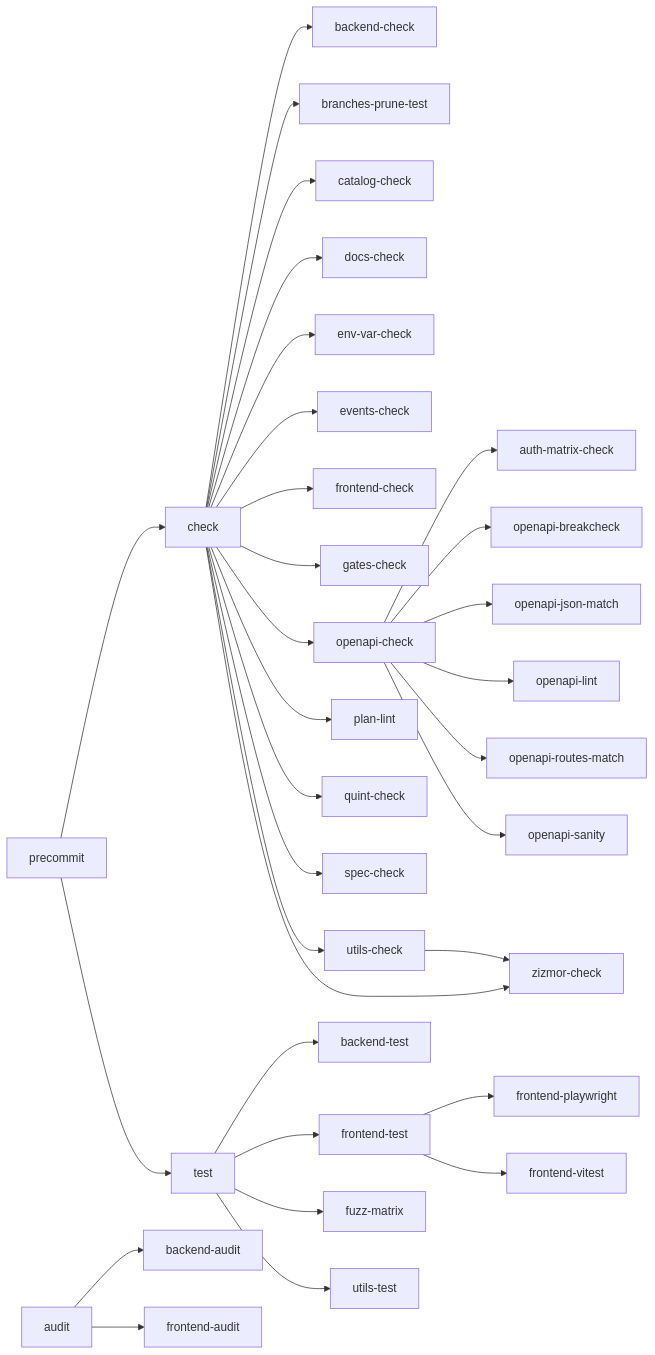
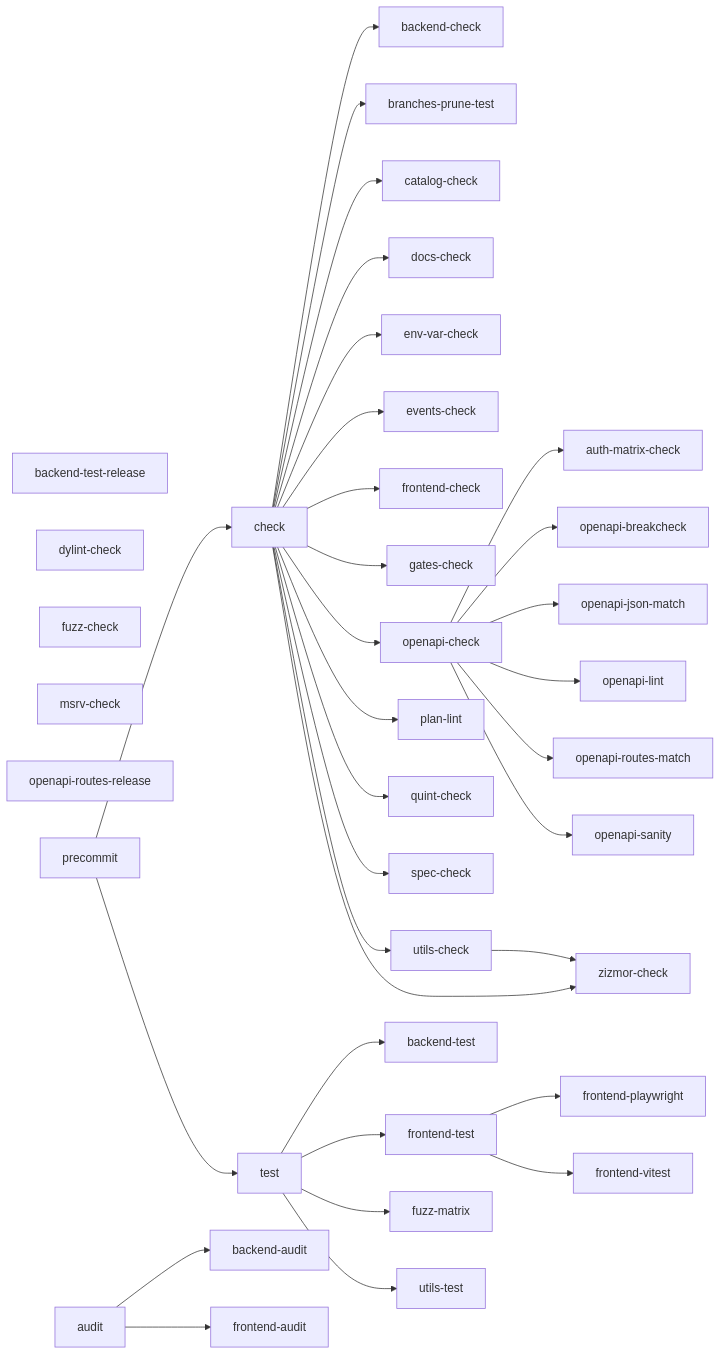
The diagram in docs/quality-gates.md (codesam88/picasu), drawn with Mermaid before and after one commit. The commit also changed other lines of this file and 2 other files, not shown here.

Commit message:
tooling: include standalone rules in the mermaid graph
Rules with no callers were listed in prose and left out of the graph,
so the diagram only showed the precommit and audit subtrees. Emit them
as isolated nodes instead, which keeps the rule set complete.

````diff
--- a/docs/quality-gates.md
+++ b/docs/quality-gates.md
@@ -7,34 +7,39 @@
 ```mermaid
 graph LR
+  backend-test-release
+  dylint-check
+  fuzz-check
+  msrv-check
+  openapi-routes-release
   precommit --> check
   precommit --> test
   check --> backend-check
   check --> branches-prune-test
   check --> catalog-check
   check --> docs-check
   check --> env-var-check
   check --> events-check
   check --> frontend-check
   check --> gates-check
   check --> openapi-check
   check --> plan-lint
   check --> quint-check
   check --> spec-check
   check --> utils-check
   check --> zizmor-check
   test --> backend-test
   test --> frontend-test
   test --> fuzz-matrix
   test --> utils-test
   audit --> backend-audit
   audit --> frontend-audit
   frontend-test --> frontend-playwright
   frontend-test --> frontend-vitest
   openapi-check --> auth-matrix-check
   openapi-check --> openapi-breakcheck
   openapi-check --> openapi-json-match
   openapi-check --> openapi-lint
   openapi-check --> openapi-routes-match
   openapi-check --> openapi-sanity
   utils-check --> zizmor-check
 ```
````
